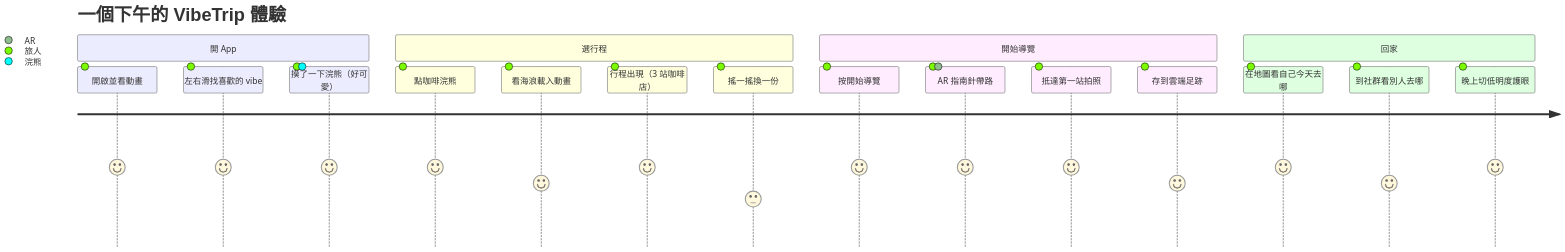
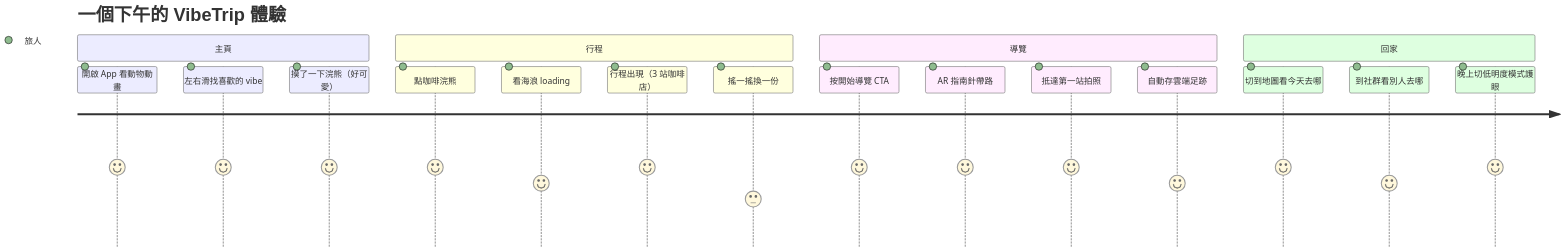
Diagram 11 of 11 in FLOW.md (starsky58uu/vibetrip), drawn with Mermaid before and after one commit. The commit also changed other lines of this file and 1 other file, not shown here.

Commit message:
改架構圖

````diff
--- a/FLOW.md
+++ b/FLOW.md
@@ -297,22 +370,22 @@
 ```mermaid
 journey
     title 一個下午的 VibeTrip 體驗
-    section 開 App
-      開啟並看動畫: 5: 旅人
+    section 主頁
+      開啟 App 看動物動畫: 5: 旅人
       左右滑找喜歡的 vibe: 5: 旅人
-      摸了一下浣熊（好可愛）: 5: 旅人, 浣熊
-    section 選行程
+      摸了一下浣熊（好可愛）: 5: 旅人
+    section 行程
       點咖啡浣熊: 5: 旅人
-      看海浪載入動畫: 4: 旅人
+      看海浪 loading: 4: 旅人
       行程出現（3 站咖啡店）: 5: 旅人
       搖一搖換一份: 3: 旅人
-    section 開始導覽
-      按開始導覽: 5: 旅人
-      AR 指南針帶路: 5: 旅人, AR
+    section 導覽
+      按開始導覽 CTA: 5: 旅人
+      AR 指南針帶路: 5: 旅人
       抵達第一站拍照: 5: 旅人
-      存到雲端足跡: 4: 旅人
+      自動存雲端足跡: 4: 旅人
     section 回家
-      在地圖看自己今天去哪: 5: 旅人
+      切到地圖看今天去哪: 5: 旅人
       到社群看別人去哪: 4: 旅人
-      晚上切低明度護眼: 5: 旅人
+      晚上切低明度模式護眼: 5: 旅人
 ```
````
